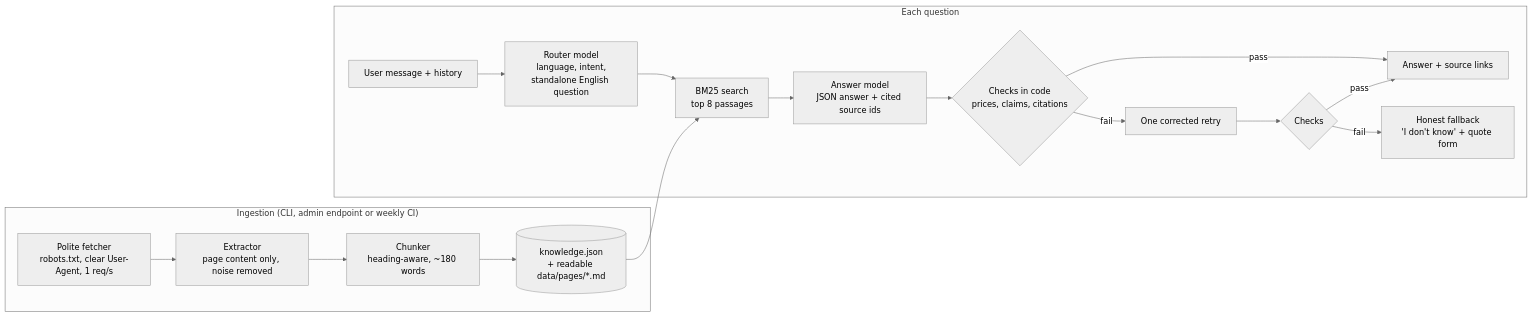
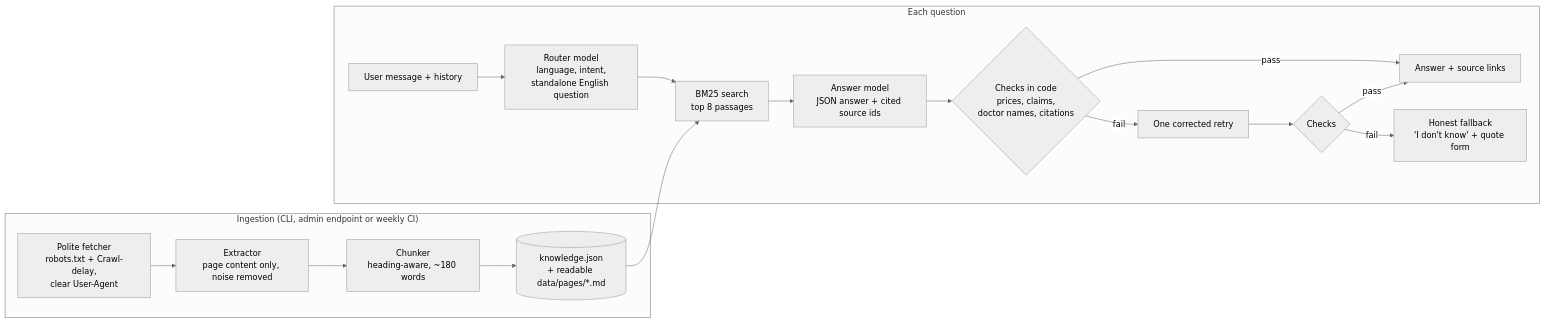
One commit to Jaffry12/placidway-website-chatbot changed the diagram in README.md. Above: the diagram before and after it, drawn with Mermaid (neutral theme). The commit also changed other lines of this file and 28 other files, not shown here.

Commit message:
Audit fixes: RFC 9309 robots + Crawl-delay, labelled table cells, address box kept, doctor-name check, call budget, synonyms, recall eval

````diff
--- a/README.md
+++ b/README.md
@@ -31,18 +31,18 @@
 ```mermaid
 flowchart LR
   subgraph Ingestion["Ingestion (CLI, admin endpoint or weekly CI)"]
-    F[Polite fetcher<br/>robots.txt, clear User-Agent, 1 req/s] --> E[Extractor<br/>page content only, noise removed]
+    F[Polite fetcher<br/>robots.txt + Crawl-delay,<br/>clear User-Agent] --> E[Extractor<br/>page content only, noise removed]
     E --> C[Chunker<br/>heading-aware, ~180 words]
     C --> S[(knowledge.json<br/>+ readable data/pages/*.md)]
   end
   subgraph Question["Each question"]
     Q[User message + history] --> R[Router model<br/>language, intent,<br/>standalone English question]
     R --> B[BM25 search<br/>top 8 passages]
     S --> B
     B --> A[Answer model<br/>JSON answer + cited source ids]
-    A --> G{Checks in code<br/>prices, claims, citations}
+    A --> G{Checks in code<br/>prices, claims,<br/>doctor names, citations}
     G -- pass --> U[Answer + source links]
     G -- fail --> A2[One corrected retry] --> G2{Checks} -- fail --> H[Honest fallback<br/>'I don't know' + quote form]
     G2 -- pass --> U
   end
 ```
````
